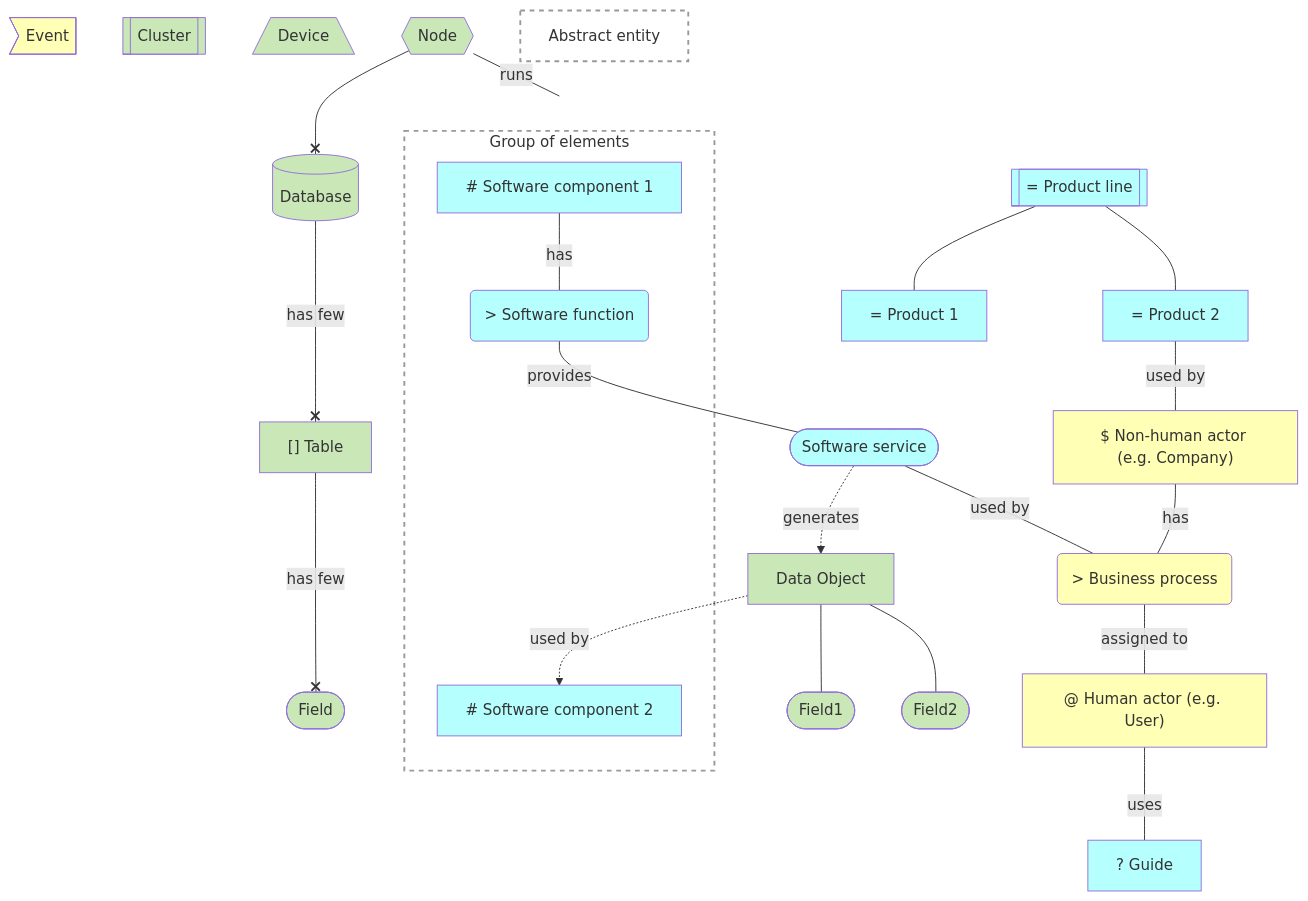
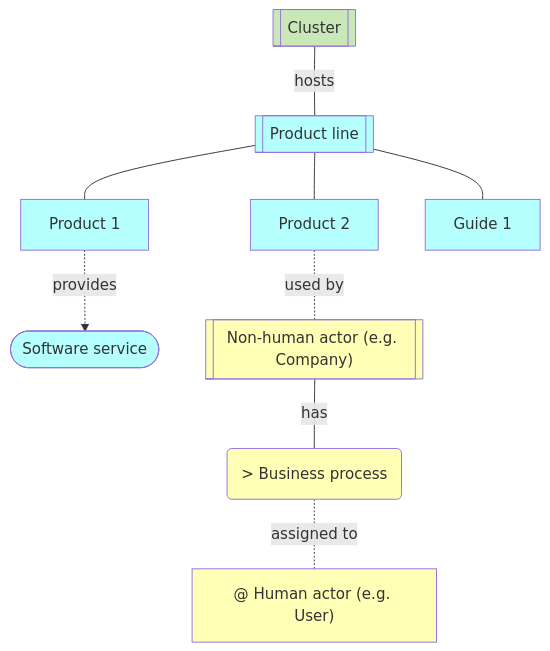
The first of 4 diagrams in concepts/notation.md (voedger/voedger-docs), drawn with Mermaid before and after one commit. The commit also changed other lines of this file, not shown here.

````diff
--- a/concepts/notation.md
+++ b/concepts/notation.md
@@ -9,68 +12,28 @@
 ```mermaid
 graph TD
 
   %% Entities =================================
 
-  Event>Event]:::B
   Cluster[[Cluster]]:::H
-  Device[/Device\]:::H  
-  Infrastructure{{Node}}:::H
-  Database[(Database)]:::H
-  Table["[] Table"]:::H
-  Field([Field]):::H
-  Data[Data Object]:::H
-  DataField1([Field1]):::H
-  DataField2([Field2]):::H
-  AbstractEntity[Abstract entity]:::G
+  SoftwareService([Software service]):::S  
 
-  Guide[? Guide]:::S
-
-  ProductLine[["= Product line"]]:::S
-    ProductLine --- Product1[= Product 1]:::S
-    ProductLine --- Product2[= Product 2]:::S
-
-  SoftwareComponents:::G
-  subgraph SoftwareComponents[Group of elements]
-    SoftwareComponent["# Software component 1"]:::S
-    SoftwareFunction("> Software function"):::S
-    SoftwareComponent2["# Software component 2"]:::S
-  end
-  
-  SoftwareService([Software service]):::S  
-  
+  ProductLine[[Product line]]:::S
+    ProductLine --- Product1[Product 1]:::S
+    ProductLine --- Product2[Product 2]:::S
+    ProductLine --- Guide[Guide 1]:::S
+   
   User["@ Human actor (e.g. User)"]:::B
-  Company["$ Non-human actor (e.g. Company)"]:::B
+  Company[["Non-human actor (e.g. Company)"]]:::B
   BusinessProcess("> Business process"):::B
 
-
   %% Relations =================================
-
-  Infrastructure ---|runs| SoftwareComponents
-
-  SoftwareComponent --- |has| SoftwareFunction
-  SoftwareFunction --- |provides| SoftwareService
-
-  Infrastructure --x Database
-  Database ---x|has few| Table
-  Table ---x|has few| Field
-
-  SoftwareService -.->|generates| Data
-
-  SoftwareService --- |used by| BusinessProcess
-  BusinessProcess --- |assigned to| User
-
-  User --- |uses| Guide
-
-  Data -.->|used by| SoftwareComponent2
-
-  Data --- DataField1
-  Data --- DataField2
-  
-  Product2 --- |used by| Company
+  Cluster --- |hosts| ProductLine
+  BusinessProcess -.- |assigned to| User
+  Product1 -.-> |provides|SoftwareService
+  Product2 -.- |used by| Company
   Company --- |has| BusinessProcess
-
   classDef B fill:#FFFFB5,color:#333
   classDef S fill:#B5FFFF,color:#333
   classDef H fill:#C9E7B7,color:#333
   classDef G fill:#ffffff15, stroke:#999, stroke-width:2px, stroke-dasharray: 5 5
 ```
````
